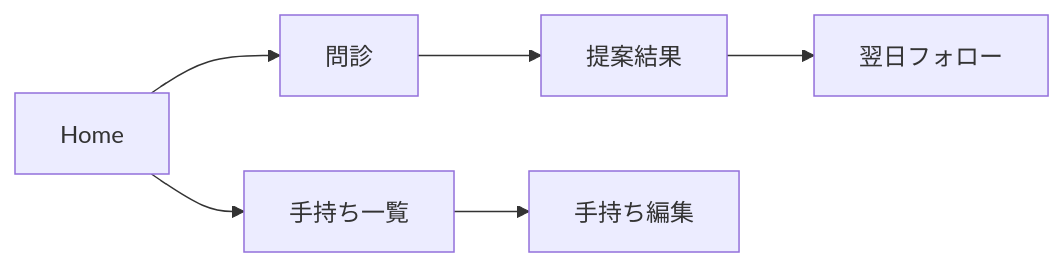
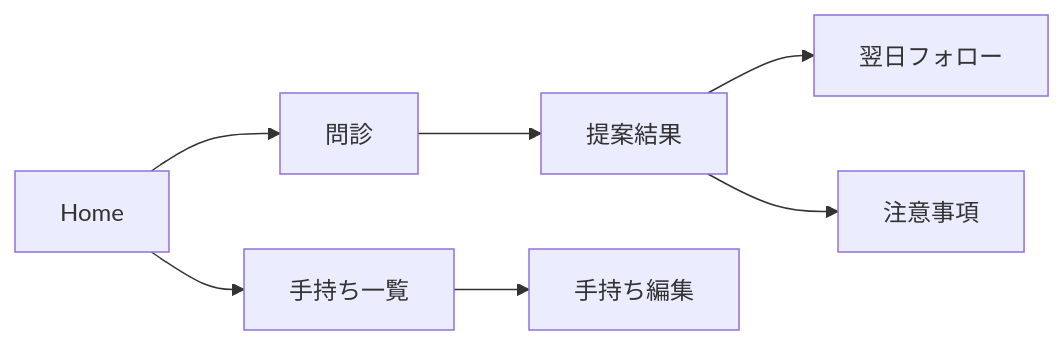
Before and after one commit to MasanoriSuda/ba-pocket: the diagram in .steering/0001-initial-implementation/design.md, drawn with Mermaid. The commit also changed other lines of this file and 2 other files, not shown here.

````diff
--- a/.steering/0001-initial-implementation/design.md
+++ b/.steering/0001-initial-implementation/design.md
@@ -35,8 +91,9 @@
 ```mermaid
 flowchart LR
   Home --> Checklist[問診]
   Home --> Products[手持ち一覧]
   Checklist --> Result[提案結果]
   Result --> Follow[翌日フォロー]
   Products --> Edit[手持ち編集]
+  Result --> Safety[注意事項]
 ```
````
